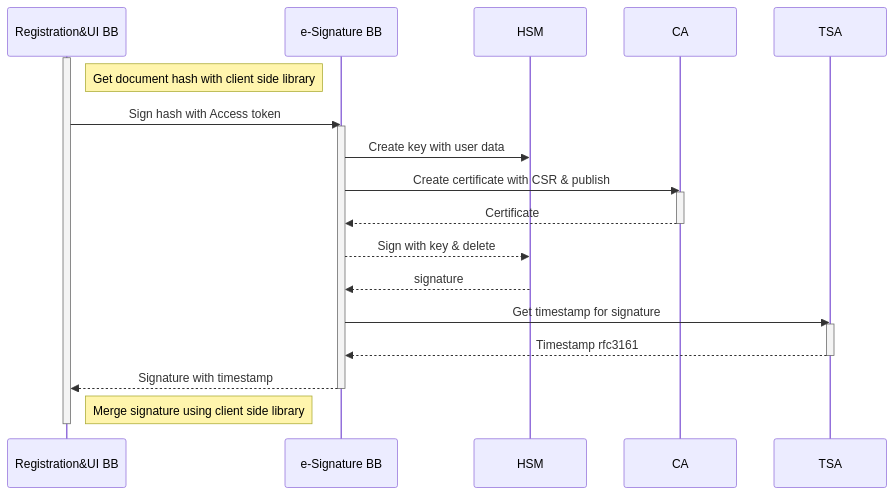
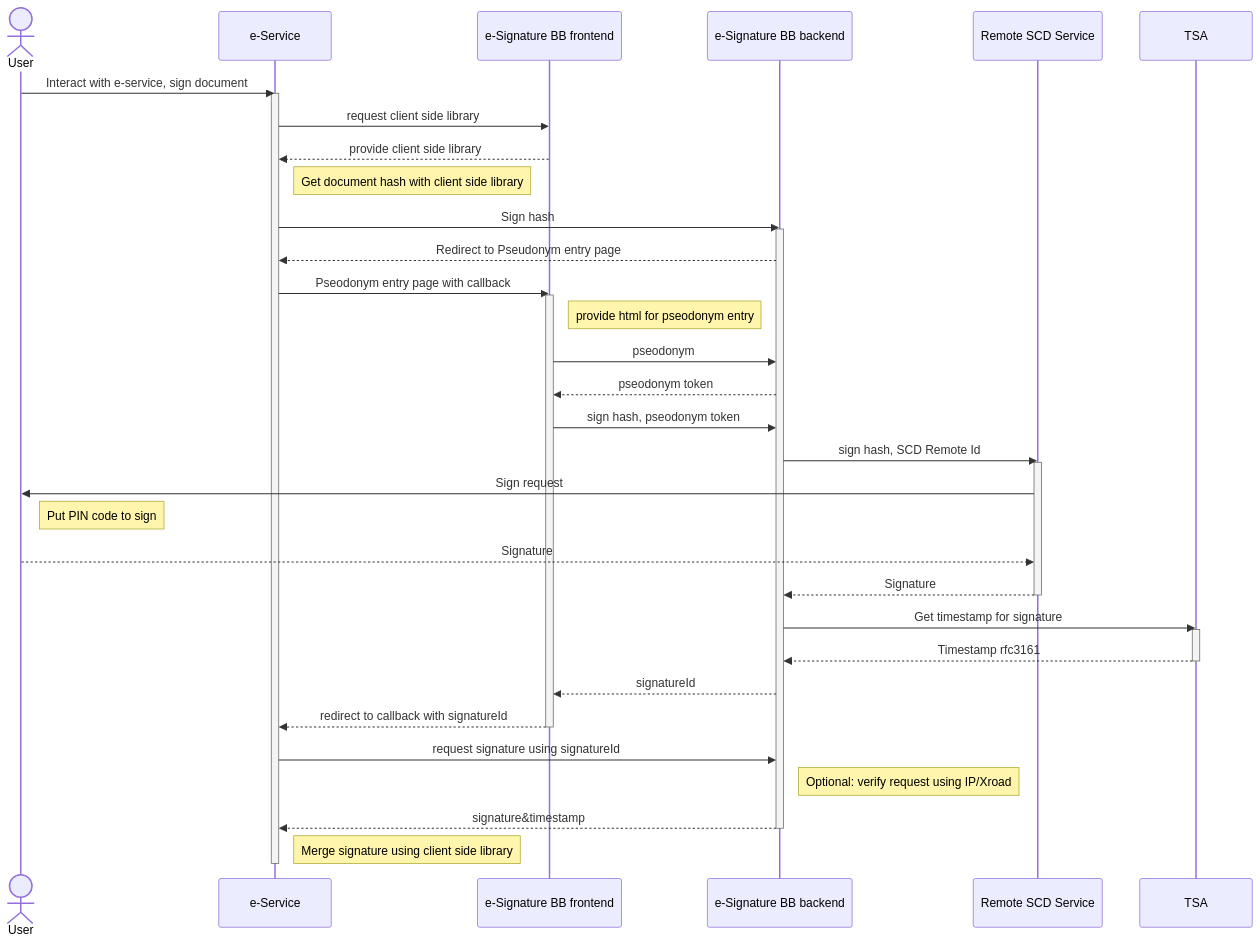
The third of 3 diagrams in spec/9-workflows.md (GovStackWorkingGroup/bb-esignature), drawn with Mermaid before and after one commit. The commit also changed other lines of this file, not shown here.

Commit message:
GITBOOK-42: Drafted Internal workflow for signing with user's device

````diff
--- a/spec/9-workflows.md
+++ b/spec/9-workflows.md
@@ -100,23 +124,38 @@
 ```mermaid
 sequenceDiagram
-    activate Registration&UI BB
-    Note right of Registration&UI BB: Get document hash with client side library
-    Registration&UI BB->>e-Signature BB: Sign hash with Access token
-    activate e-Signature BB
-    e-Signature BB->>HSM: Create key with user data
-    e-Signature BB->>CA: Create certificate with CSR & publish
-    activate CA
-    CA-->>e-Signature BB: Certificate
-    deactivate CA
-    e-Signature BB-->>HSM: Sign with key & delete
-    HSM-->>e-Signature BB: signature
-
-    e-Signature BB->>TSA: Get timestamp for signature
+    actor User
+    User->>e-Service: Interact with e-service, sign document
+    activate e-Service
+    e-Service->>e-Signature BB frontend: request client side library
+    e-Signature BB frontend-->>e-Service: provide client side library
+    Note right of e-Service: Get document hash with client side library
+    e-Service->>e-Signature BB backend: Sign hash
+    activate e-Signature BB backend
+    e-Signature BB backend-->>e-Service: Redirect to Pseudonym entry page
+    e-Service->>e-Signature BB frontend: Pseodonym entry page with callback
+    activate e-Signature BB frontend
+    Note right of e-Signature BB frontend: provide html for pseodonym entry
+    e-Signature BB frontend->>e-Signature BB backend: pseodonym
+    e-Signature BB backend-->>e-Signature BB frontend: pseodonym token
+    e-Signature BB frontend->>e-Signature BB backend: sign hash, pseodonym token
+    e-Signature BB backend->>Remote SCD Service: sign hash, SCD Remote Id
+    activate Remote SCD Service
+    Remote SCD Service->>User: Sign request
+    Note right of User: Put PIN code to sign
+    User-->>Remote SCD Service: Signature
+    Remote SCD Service-->>e-Signature BB backend: Signature
+    deactivate Remote SCD Service
+    e-Signature BB backend->>TSA: Get timestamp for signature
     activate TSA
-    TSA-->>e-Signature BB: Timestamp rfc3161
+    TSA-->>e-Signature BB backend: Timestamp rfc3161
     deactivate TSA
-    e-Signature BB-->>Registration&UI BB: Signature with timestamp
-    deactivate e-Signature BB
-    Note right of Registration&UI BB: Merge signature using client side library
-    deactivate Registration&UI BB
+    e-Signature BB backend-->>e-Signature BB frontend:signatureId
+    e-Signature BB frontend-->>e-Service: redirect to callback with signatureId
+    deactivate e-Signature BB frontend
+    e-Service->>e-Signature BB backend: request signature using signatureId
+    Note right of e-Signature BB backend: Optional: verify request using IP/Xroad
+    e-Signature BB backend-->>e-Service: signature&timestamp
+    deactivate e-Signature BB backend
+    Note right of e-Service: Merge signature using client side library
+    deactivate e-Service
 ```
````
